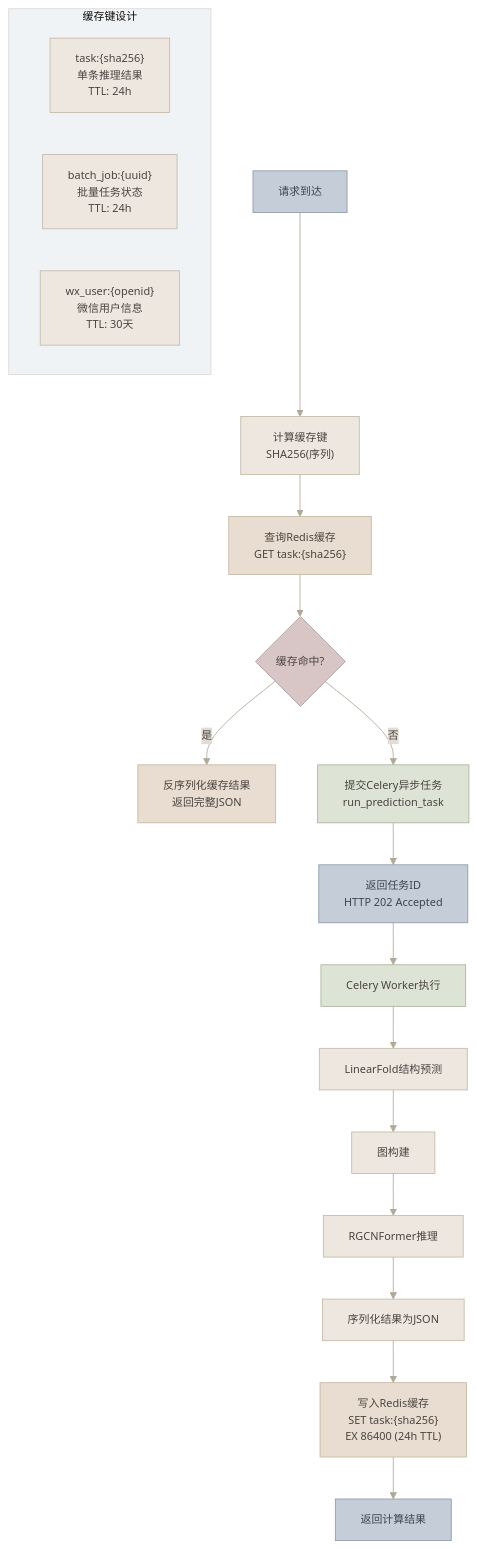
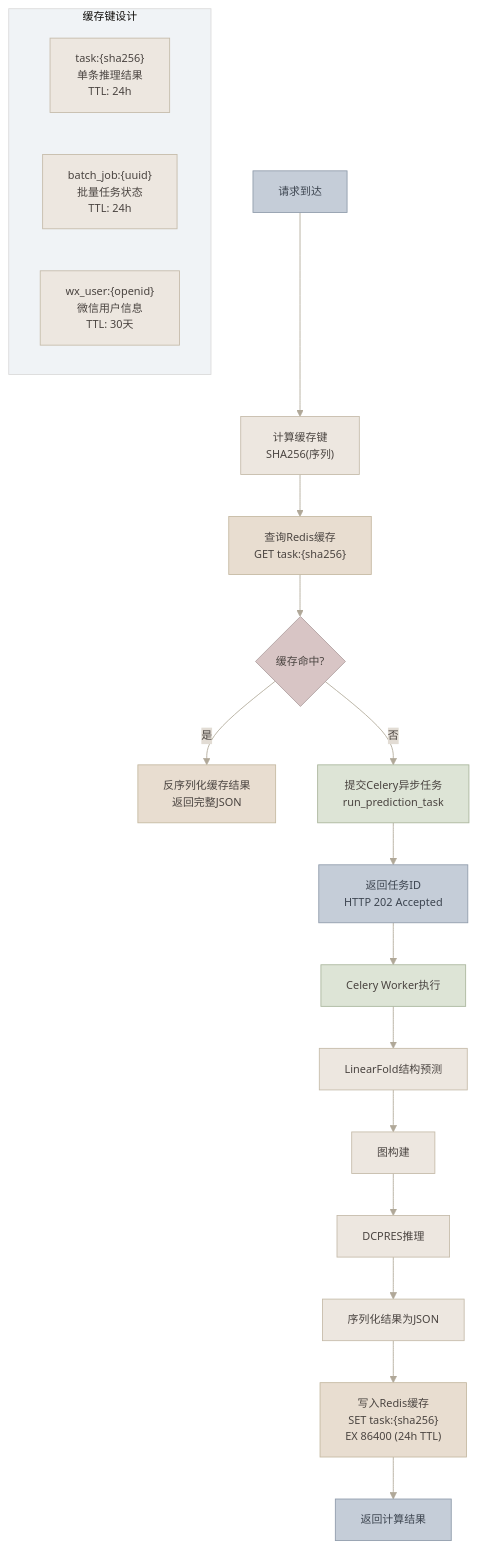
Diagram 12 of 19 in md/RMA序列修饰检测可视化系统架构说明文档.md (fdiskdc/RGCNFormer_WebAndWx_backend), drawn with Mermaid before and after one commit. The commit also changed other lines of this file, not shown here.

````diff
--- a/md/RMA序列修饰检测可视化系统架构说明文档.md
+++ b/md/RMA序列修饰检测可视化系统架构说明文档.md
@@ -1033,31 +1078,31 @@
 ```mermaid
 %%{init: {'theme': 'base', 'themeVariables': {'primaryColor': '#EDE7E0', 'primaryTextColor': '#4A4440', 'primaryBorderColor': '#C4BAA8', 'lineColor': '#B0A898', 'secondaryColor': '#E2DCD4', 'background': '#F8F5F0', 'fontSize': '13px'}}}%%
 graph TD
     classDef io fill:#C5CDD8,stroke:#8E9AAA,stroke-width:1px,color:#3D4550
     classDef process fill:#EDE7E0,stroke:#C4BAA8,stroke-width:1px,color:#4A4440
     classDef decision fill:#D8C5C5,stroke:#B0A0A0,stroke-width:1px,color:#4A4440
     classDef build fill:#DDE4D6,stroke:#A8B49A,stroke-width:1px,color:#4A4440
     classDef cache fill:#E8DDD0,stroke:#C4B8A0,stroke-width:1px,color:#4A4440
 
     A["请求到达"]:::io --> B["计算缓存键<br/>SHA256(序列)"]:::process
     B --> C["查询Redis缓存<br/>GET task:{sha256}"]:::cache
 
     C --> D{"缓存命中?"}:::decision
     D -->|是| E["反序列化缓存结果<br/>返回完整JSON"]:::cache
     D -->|否| F["提交Celery异步任务<br/>run_prediction_task"]:::build
 
     F --> G["返回任务ID<br/>HTTP 202 Accepted"]:::io
     G --> H["Celery Worker执行"]:::build
     H --> I["LinearFold结构预测"]:::process
     I --> J["图构建"]:::process
-    J --> K["RGCNFormer推理"]:::process
+    J --> K["DCPRES推理"]:::process
     K --> L["序列化结果为JSON"]:::process
     L --> M["写入Redis缓存<br/>SET task:{sha256}<br/>EX 86400 (24h TTL)"]:::cache
     M --> N["返回计算结果"]:::io
 
     subgraph 缓存键设计
         K1["task:{sha256}<br/>单条推理结果<br/>TTL: 24h"]
         K2["batch_job:{uuid}<br/>批量任务状态<br/>TTL: 24h"]
         K3["wx_user:{openid}<br/>微信用户信息<br/>TTL: 30天"]
     end
 ```
````
